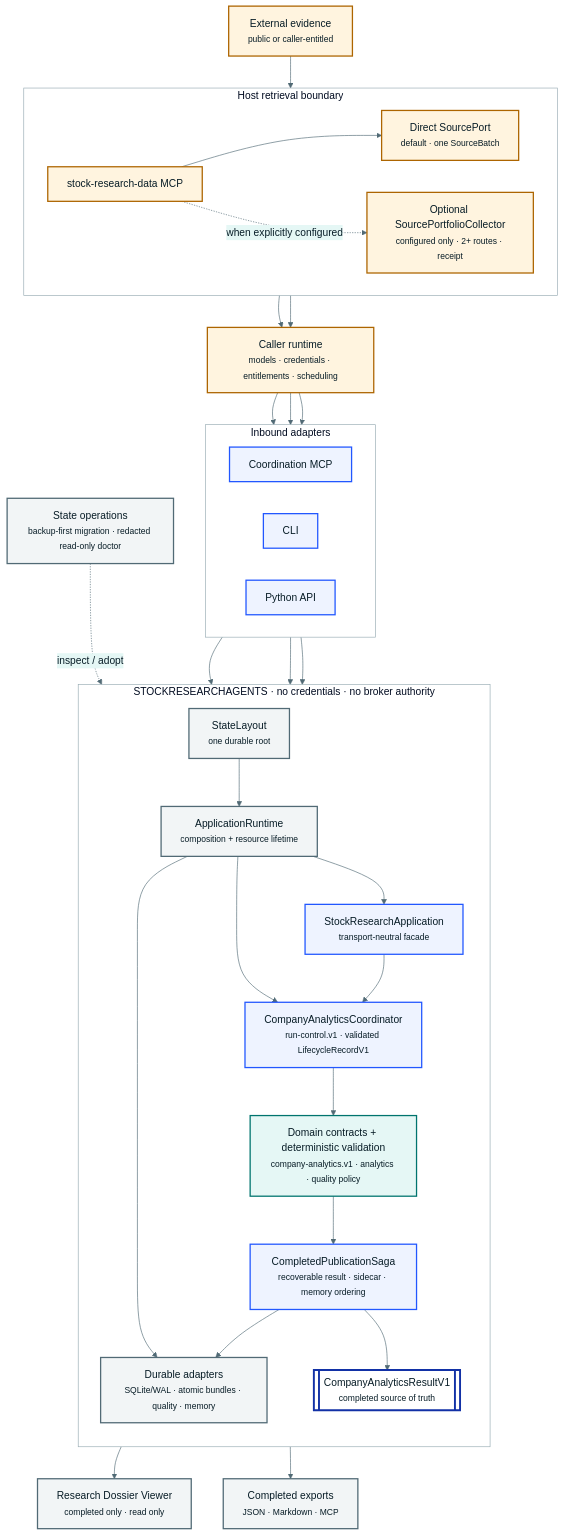
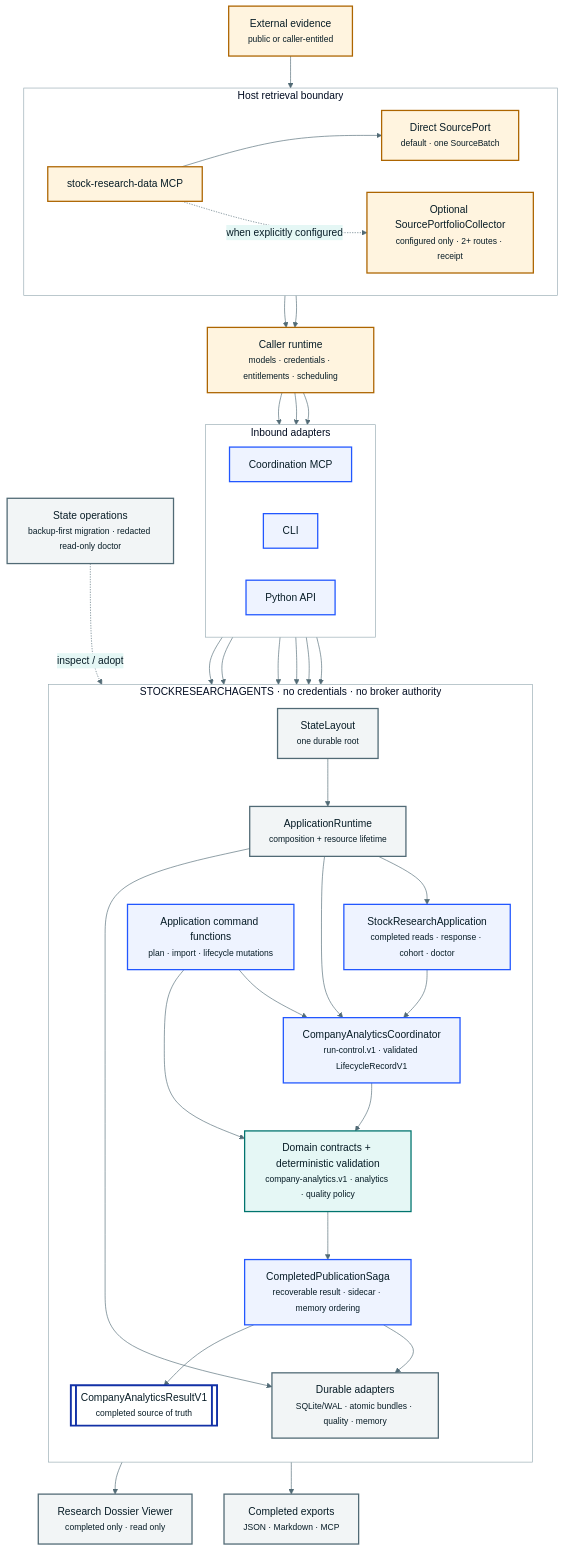
Before and after one commit to harshitagarwal2/StockResearchAgents: the diagram in docs/diagrams/system-context.mmd, drawn with Mermaid. The commit also changed 55 other files, not shown here.

```diff
--- a/docs/diagrams/system-context.mmd
+++ b/docs/diagrams/system-context.mmd
@@ -1,71 +1,78 @@
 %%{init: {"theme":"base","fontFamily":"Avenir Next, Segoe UI, sans-serif","themeVariables":{"fontFamily":"Avenir Next, Segoe UI, sans-serif","primaryColor":"#eef3ff","primaryTextColor":"#071c26","primaryBorderColor":"#2257ff","lineColor":"#516a75","secondaryColor":"#e5f7f5","tertiaryColor":"#fff4df","background":"#f5f8f9","clusterBkg":"#ffffff","clusterBorder":"#96aab2"},"flowchart":{"curve":"basis","htmlLabels":true}}}%%
 flowchart TB
   accTitle: StockResearchAgents system context and authority boundaries
-  accDescr: A caller runtime owns models, credentials, retrieval, and scheduling. The separate research-data MCP returns a direct SourceBatch by default and an optional SourcePortfolioReceipt only when a portfolio collector is explicitly configured. CLI, Python, and coordination MCP adapters call StockResearchApplication. ApplicationRuntime composes the coordinator and durable stores from StateLayout, while domain-owned deterministic validation and CompletedPublicationSaga gate completed publication.
+  accDescr: A caller runtime owns models, credentials, retrieval, and scheduling. The separate research-data MCP returns a direct SourceBatch by default and an optional SourcePortfolioReceipt only when a portfolio collector is explicitly configured. CLI, Python, and coordination MCP adapters use StockResearchApplication for completed reads, responses, cohort evaluation, and diagnostics, while dedicated application command functions own plan, import, and lifecycle mutations. ApplicationRuntime composes the coordinator and durable stores from StateLayout, while domain-owned deterministic validation and CompletedPublicationSaga gate completed publication.
 
   E["External evidence<br/><small>public or caller-entitled</small>"]
   H["Caller runtime<br/><small>models · credentials · entitlements · scheduling</small>"]
 
   subgraph HOST["Host retrieval boundary"]
     direction LR
     DATA["stock-research-data MCP"]
     DIRECT["Direct SourcePort<br/><small>default · one SourceBatch</small>"]
     PORTFOLIO["Optional SourcePortfolioCollector<br/><small>configured only · 2+ routes · receipt</small>"]
     DATA --> DIRECT
     DATA -. when explicitly configured .-> PORTFOLIO
   end
 
   E --> DATA
   DIRECT --> H
   PORTFOLIO --> H
 
   subgraph IN["Inbound adapters"]
     direction LR
     COORD["Coordination MCP"]
     CLI["CLI"]
     PY["Python API"]
   end
   H --> COORD
   H --> CLI
   H --> PY
 
   subgraph CORE["STOCKRESEARCHAGENTS · no credentials · no broker authority"]
     direction TB
-    APP["StockResearchApplication<br/><small>transport-neutral facade</small>"]
+    APP["StockResearchApplication<br/><small>completed reads · response · cohort · doctor</small>"]
+    COMMANDS["Application command functions<br/><small>plan · import · lifecycle mutations</small>"]
     RUNTIME["ApplicationRuntime<br/><small>composition + resource lifetime</small>"]
     LAYOUT["StateLayout<br/><small>one durable root</small>"]
     LIFE["CompanyAnalyticsCoordinator<br/><small>run-control.v1 · validated LifecycleRecordV1</small>"]
     DOMAIN["Domain contracts + deterministic validation<br/><small>company-analytics.v1 · analytics · quality policy</small>"]
     SAGA["CompletedPublicationSaga<br/><small>recoverable result · sidecar · memory ordering</small>"]
     STORES["Durable adapters<br/><small>SQLite/WAL · atomic bundles · quality · memory</small>"]
     DONE[["CompanyAnalyticsResultV1<br/><small>completed source of truth</small>"]]
     LAYOUT --> RUNTIME
     RUNTIME --> APP
     RUNTIME --> LIFE
     RUNTIME --> STORES
-    APP --> LIFE --> DOMAIN --> SAGA
+    APP --> LIFE
+    COMMANDS --> LIFE
+    COMMANDS --> DOMAIN
+    LIFE --> DOMAIN --> SAGA
     SAGA --> STORES
     SAGA --> DONE
   end
 
   COORD --> APP
+  COORD --> COMMANDS
   CLI --> APP
+  CLI --> COMMANDS
   PY --> APP
+  PY --> COMMANDS
 
   OPS["State operations<br/><small>backup-first migration · redacted read-only doctor</small>"]
   OPS -. inspect / adopt .-> LAYOUT
 
   DONE --> U["Research Dossier Viewer<br/><small>completed only · read only</small>"]
   DONE --> X["Completed exports<br/><small>JSON · Markdown · MCP</small>"]
 
   classDef host fill:#fff4df,stroke:#ad6500,color:#071c26,stroke-width:2px;
   classDef adapter fill:#eef3ff,stroke:#2257ff,color:#071c26,stroke-width:2px;
   classDef domain fill:#e5f7f5,stroke:#00746e,color:#071c26,stroke-width:2px;
   classDef state fill:#f2f5f6,stroke:#516a75,color:#071c26,stroke-width:2px;
   classDef artifact fill:#ffffff,stroke:#1231a6,color:#071c26,stroke-width:3px;
   class E,H,DATA,DIRECT,PORTFOLIO host;
-  class COORD,CLI,PY,APP,LIFE,SAGA adapter;
+  class COORD,CLI,PY,APP,COMMANDS,LIFE,SAGA adapter;
   class DOMAIN domain;
   class RUNTIME,LAYOUT,STORES,OPS state;
   class DONE artifact;
   class U,X state;
```
